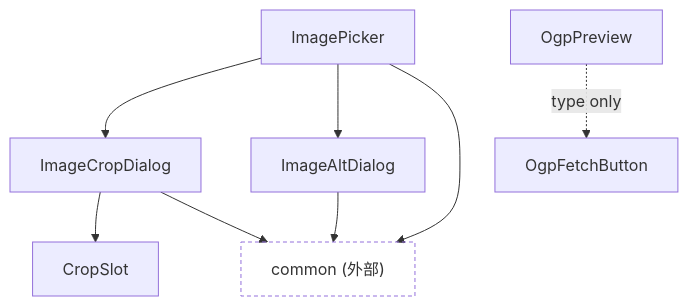
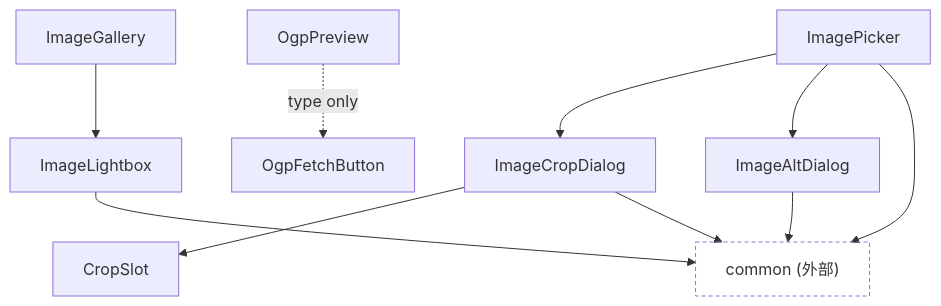
Before and after one commit to nekono-dev/skyshare: the diagram in src/components/image/README.md, drawn with Mermaid. The commit also changed other lines of this file and 103 other files, not shown here.

````diff
--- a/src/components/image/README.md
+++ b/src/components/image/README.md
@@ -5,16 +5,18 @@
 ```mermaid
 graph TD
   ImagePicker --> ImageCropDialog
   ImagePicker --> ImageAltDialog
   ImageCropDialog --> CropSlot
   OgpPreview -. type only .-> OgpFetchButton
+  ImageGallery --> ImageLightbox
+  ImageLightbox --> commonExt
 
   ImageCropDialog --> commonExt
   ImageAltDialog --> commonExt
   ImagePicker --> commonExt
 
   commonExt["common (外部)"]
 
   classDef external stroke-dasharray: 4 3,fill:transparent;
   class commonExt external;
 ```
````
